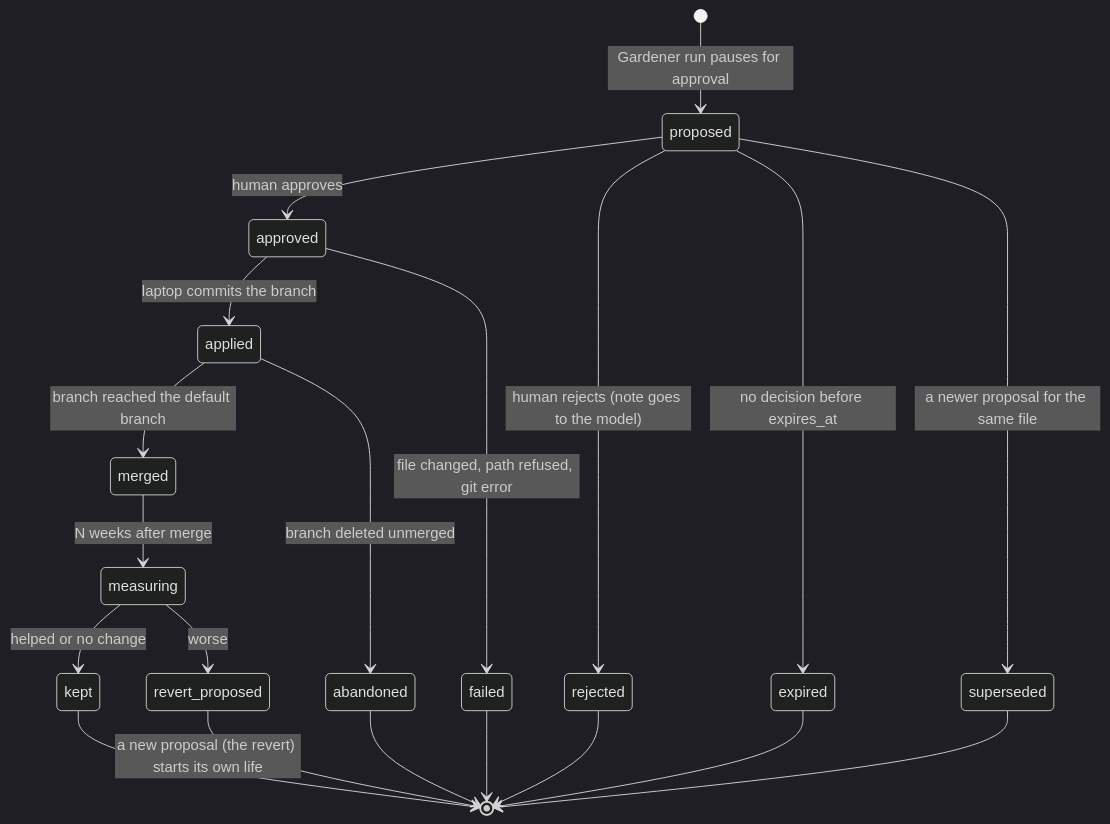
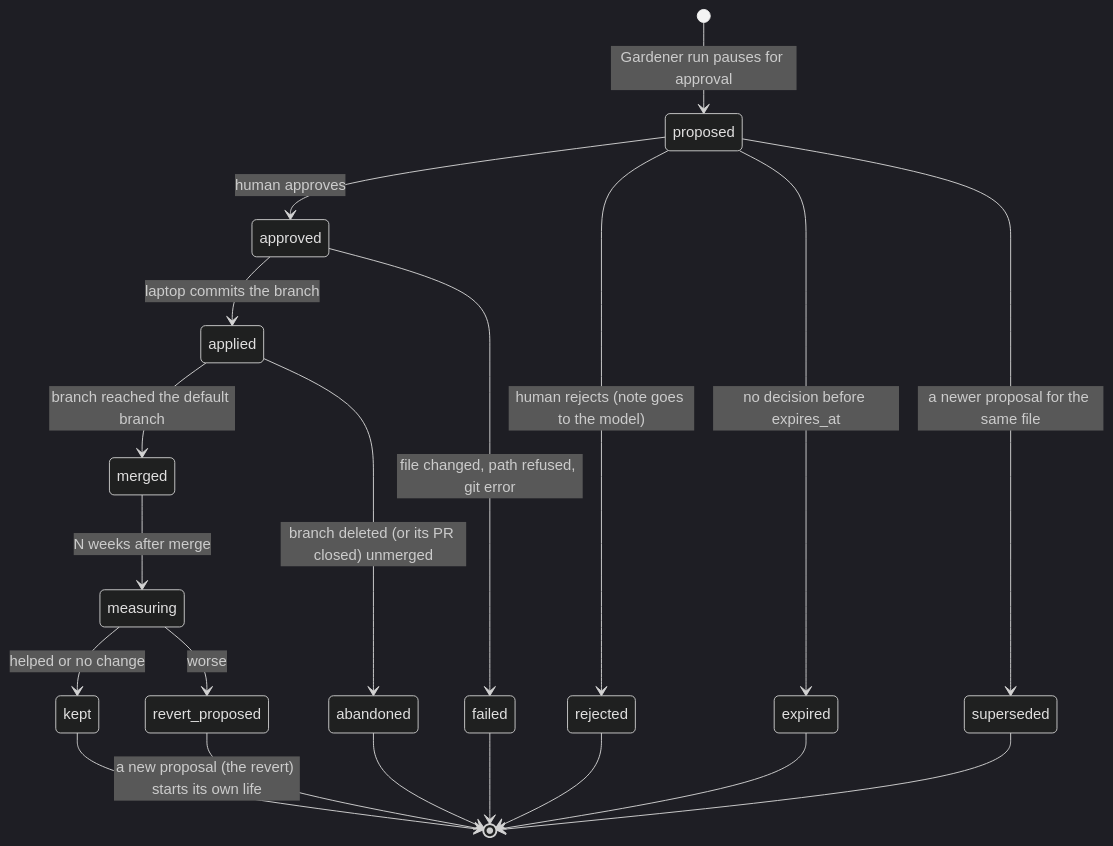
Before and after one commit to Vela3202019/wisen: the fourth of 4 diagrams in docs/plan/cloud-architecture.md, drawn with Mermaid (dark theme). The commit also changed other lines of this file and 3 other files, not shown here.

````diff
--- a/docs/plan/cloud-architecture.md
+++ b/docs/plan/cloud-architecture.md
@@ -594,22 +595,22 @@
 ```mermaid
 stateDiagram-v2
     [*] --> proposed: Gardener run pauses for approval
     proposed --> approved: human approves
     proposed --> rejected: human rejects (note goes to the model)
     proposed --> expired: no decision before expires_at
     proposed --> superseded: a newer proposal for the same file
     approved --> applied: laptop commits the branch
     approved --> failed: file changed, path refused, git error
     applied --> merged: branch reached the default branch
-    applied --> abandoned: branch deleted unmerged
+    applied --> abandoned: branch deleted (or its PR closed) unmerged
     merged --> measuring: N weeks after merge
     measuring --> kept: helped or no change
     measuring --> revert_proposed: worse
     revert_proposed --> [*]: a new proposal (the revert) starts its own life
     rejected --> [*]
     expired --> [*]
     superseded --> [*]
     failed --> [*]
     abandoned --> [*]
     kept --> [*]
 ```
````
